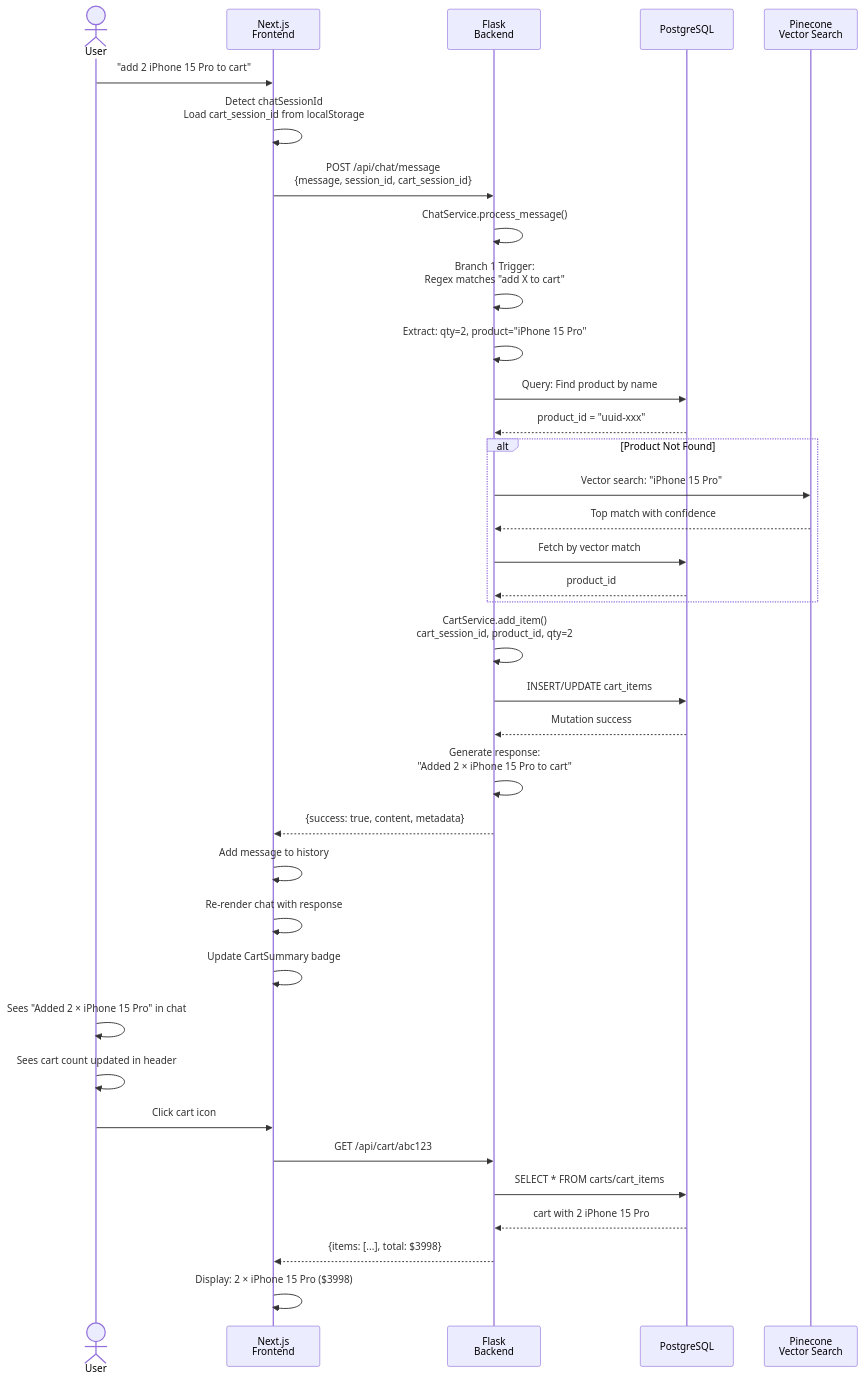
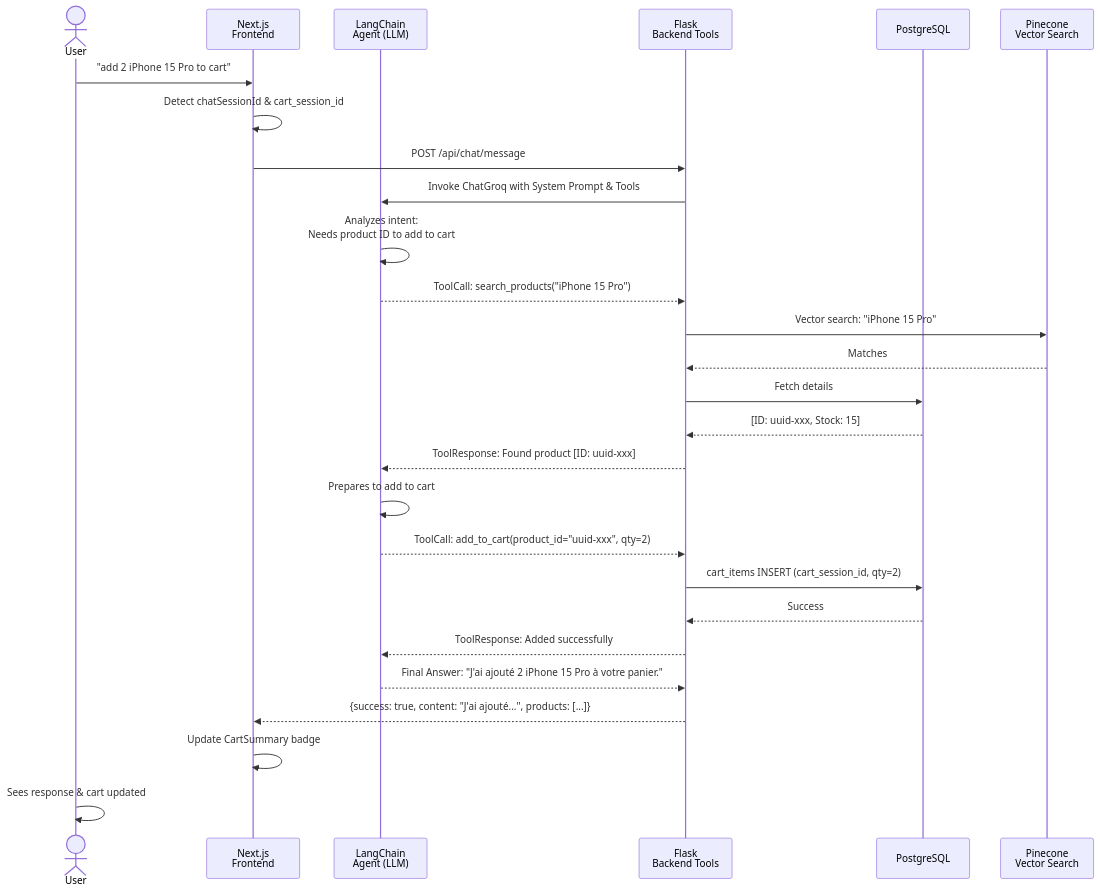
One commit to moafiif01/ecommerce_AI_agent changed the third of 12 diagrams in DIAGRAMS.md. Above: the diagram before and after it, drawn with Mermaid. The commit also changed other lines of this file and 2 other files, not shown here.

Commit message:
docs: update system diagrams and project outlines to reflect autonomous tooling architecture

````diff
--- a/DIAGRAMS.md
+++ b/DIAGRAMS.md
@@ -123,47 +114,36 @@
 ```mermaid
 sequenceDiagram
     actor User
     participant Frontend as Next.js<br/>Frontend
-    participant Backend as Flask<br/>Backend
+    participant Agent as LangChain<br/>Agent (LLM)
+    participant Backend as Flask<br/>Backend Tools
     participant DB as PostgreSQL
     participant Pinecone as Pinecone<br/>Vector Search
 
     User->>Frontend: "add 2 iPhone 15 Pro to cart"
-    Frontend->>Frontend: Detect chatSessionId<br/>Load cart_session_id from localStorage
-    Frontend->>Backend: POST /api/chat/message<br/>{message, session_id, cart_session_id}
+    Frontend->>Frontend: Detect chatSessionId & cart_session_id
+    Frontend->>Backend: POST /api/chat/message
     
-    Backend->>Backend: ChatService.process_message()
-    Backend->>Backend: Branch 1 Trigger:<br/>Regex matches "add X to cart"
-    Backend->>Backend: Extract: qty=2, product="iPhone 15 Pro"
+    Backend->>Agent: Invoke ChatGroq with System Prompt & Tools
+    Agent->>Agent: Analyzes intent:<br/>Needs product ID to add to cart
+    Agent-->>Backend: ToolCall: search_products("iPhone 15 Pro")
     
-    Backend->>DB: Query: Find product by name
-    DB-->>Backend: product_id = "uuid-xxx"
+    Backend->>Pinecone: Vector search: "iPhone 15 Pro"
+    Pinecone-->>Backend: Matches
+    Backend->>DB: Fetch details
+    DB-->>Backend: [ID: uuid-xxx, Stock: 15]
+    Backend-->>Agent: ToolResponse: Found product [ID: uuid-xxx]
     
-    alt Product Not Found
-        Backend->>Pinecone: Vector search: "iPhone 15 Pro"
-        Pinecone-->>Backend: Top match with confidence
-        Backend->>DB: Fetch by vector match
-        DB-->>Backend: product_id
-    end
+    Agent->>Agent: Prepares to add to cart
+    Agent-->>Backend: ToolCall: add_to_cart(product_id="uuid-xxx", qty=2)
     
-    Backend->>Backend: CartService.add_item()<br/>cart_session_id, product_id, qty=2
-    Backend->>DB: INSERT/UPDATE cart_items
-    DB-->>Backend: Mutation success
+    Backend->>DB: cart_items INSERT (cart_session_id, qty=2)
+    DB-->>Backend: Success
+    Backend-->>Agent: ToolResponse: Added successfully
     
-    Backend->>Backend: Generate response:<br/>"Added 2 × iPhone 15 Pro to cart"
-    Backend-->>Frontend: {success: true, content, metadata}
+    Agent-->>Backend: Final Answer: "J'ai ajouté 2 iPhone 15 Pro à votre panier."
+    Backend-->>Frontend: {success: true, content: "J'ai ajouté...", products: [...]}
     
-    Frontend->>Frontend: Add message to history
-    Frontend->>Frontend: Re-render chat with response
     Frontend->>Frontend: Update CartSummary badge
-    
-    User->>User: Sees "Added 2 × iPhone 15 Pro" in chat
-    User->>User: Sees cart count updated in header
-    
-    User->>Frontend: Click cart icon
-    Frontend->>Backend: GET /api/cart/abc123
-    Backend->>DB: SELECT * FROM carts/cart_items
-    DB-->>Backend: cart with 2 iPhone 15 Pro
-    Backend-->>Frontend: {items: [...], total: $3998}
-    Frontend->>Frontend: Display: 2 × iPhone 15 Pro ($3998)
+    User->>User: Sees response & cart updated
 ```
````
